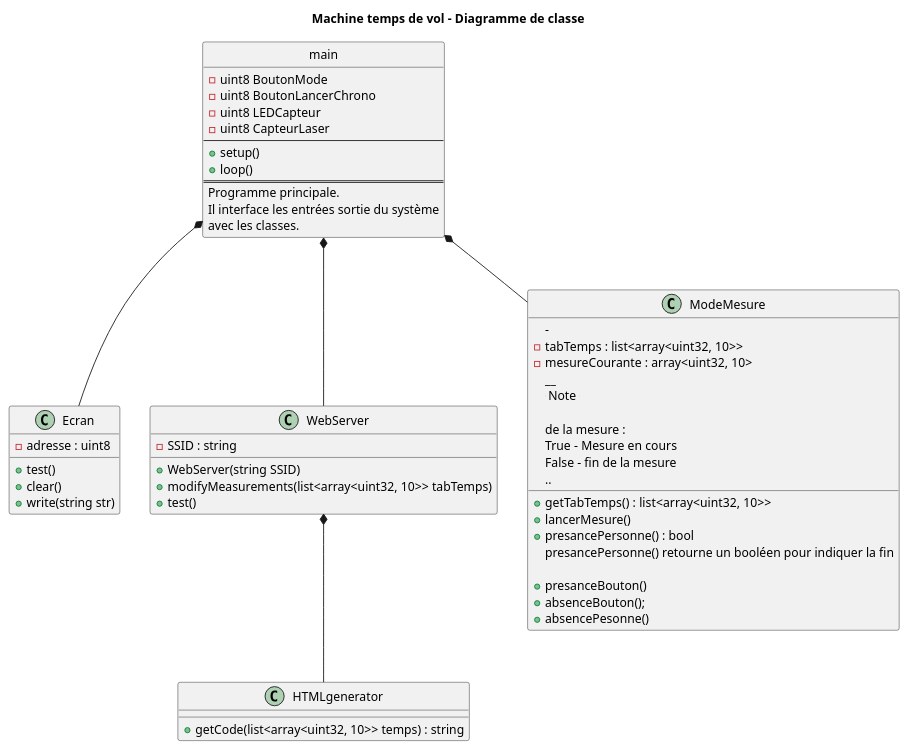
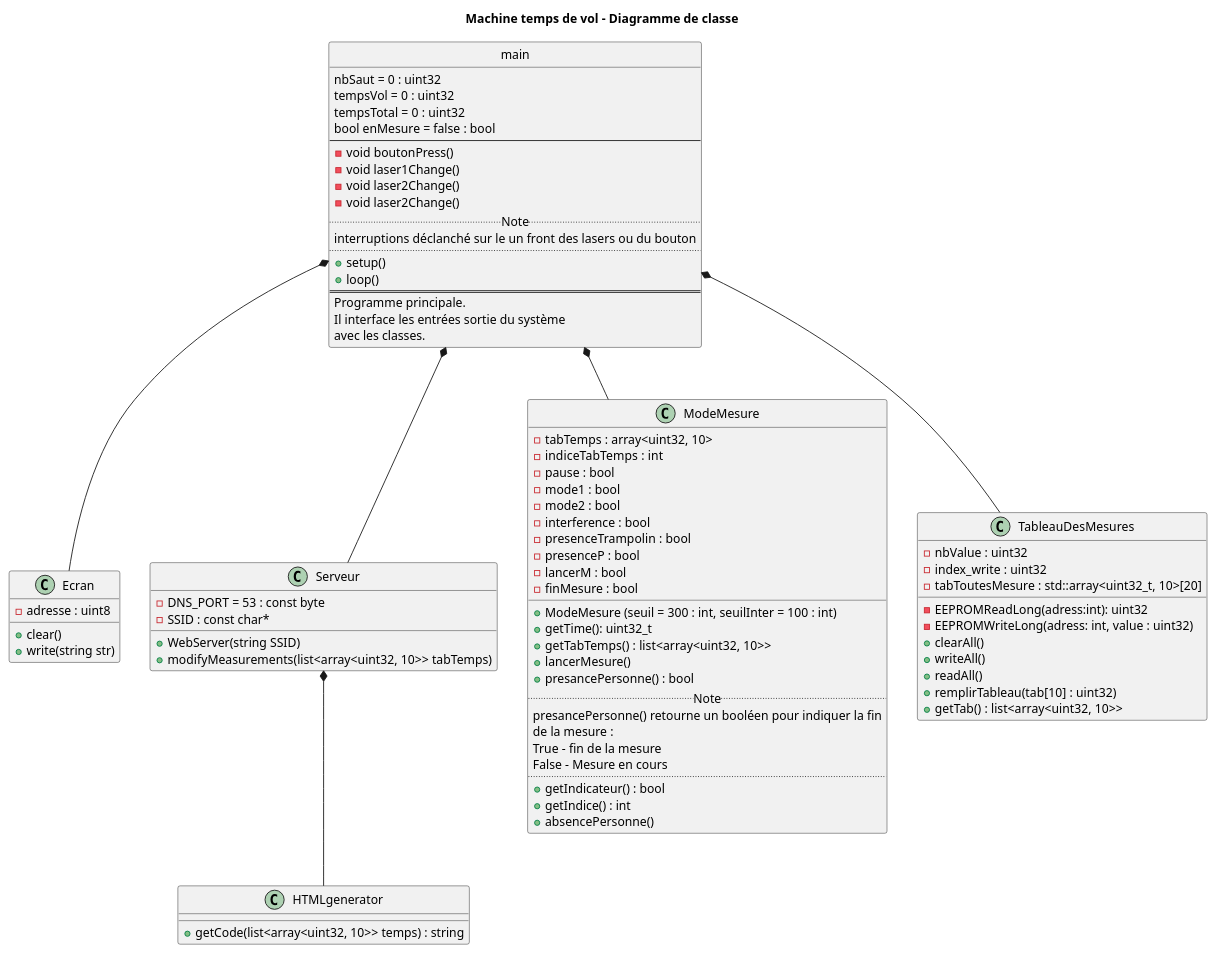
One commit to alexdesaint/TER changed the diagram in data/ClassDiagram.puml. Above: the diagram before and after it, drawn with PlantUML. The commit also changed 6 other files, not shown here.

```diff
--- a/data/ClassDiagram.puml
+++ b/data/ClassDiagram.puml
@@ -1,65 +1,93 @@
 @startuml
 
 title Machine temps de vol - Diagramme de classe
 
 class Ecran { 
     -adresse : uint8
-    +test()
     +clear()
     +write(string str)
-} 
+}
 
 class HTMLgenerator { 
     +getCode(list<array<uint32, 10>> temps) : string 
 }
 
-class WebServer {
-    -SSID : string
+class Serveur {
+    -DNS_PORT = 53 : const byte
+    -SSID : const char* 
     +WebServer(string SSID)
     +modifyMeasurements(list<array<uint32, 10>> tabTemps)
-    +test()
-} 
+}
 
-class ModeMesure{ 
-	-
-    -tabTemps : list<array<uint32, 10>>
-    -mesureCourante : array<uint32, 10>
+class ModeMesure{
+    -tabTemps : array<uint32, 10>
+    -indiceTabTemps : int
+    -pause : bool
+    -mode1 : bool
+    -mode2 : bool
+    -interference : bool
+    -presenceTrampolin : bool
+    -presenceP : bool 
+    -lancerM : bool 
+    -finMesure : bool 
     __
+    +ModeMesure (seuil = 300 : int, seuilInter = 100 : int)
+    +getTime(): uint32_t 
     +getTabTemps() : list<array<uint32, 10>>
     +lancerMesure()
     +presancePersonne() : bool
     .. Note ..
     presancePersonne() retourne un booléen pour indiquer la fin
-	
-	+presanceBouton()
-	+absenceBouton();
     de la mesure :
-    True - Mesure en cours
-    False - fin de la mesure
+    True - fin de la mesure
+    False - Mesure en cours
     ..
-    +absencePesonne()
+    +getIndicateur() : bool
+    +getIndice() : int
+    +absencePersonne()
+}
+
+class TableauDesMesures{
+    -nbValue : uint32
+    -index_write : uint32
+    -tabToutesMesure : std::array<uint32_t, 10>[20]
+    -EEPROMReadLong(adress:int): uint32
+    -EEPROMWriteLong(adress: int, value : uint32)
+    +clearAll()
+    +writeAll()
+    +readAll()
+    +remplirTableau(tab[10] : uint32)
+    +getTab() : list<array<uint32, 10>>
 }
 
 class main {
-    -uint8 BoutonMode
-    -uint8 BoutonLancerChrono
-    -uint8 LEDCapteur
-    -uint8 CapteurLaser
+    nbSaut = 0 : uint32
+    tempsVol = 0 : uint32
+    tempsTotal = 0 : uint32
+    bool enMesure = false : bool
     --
+    -void boutonPress()
+    -void laser1Change()
+    -void laser2Change()
+    -void laser2Change()
+    .. Note ..
+    interruptions déclanché sur le un front des lasers ou du bouton
+    ..
     +setup()
     +loop()
     ==
     Programme principale.
     Il interface les entrées sortie du système
     avec les classes.
 }
 
-WebServer*--HTMLgenerator
+Serveur*--HTMLgenerator
 
 main*--Ecran
-main*--WebServer
+main*--Serveur
 main*--ModeMesure
+main*--TableauDesMesures
 
 hide main circle
 
 @enduml
```
